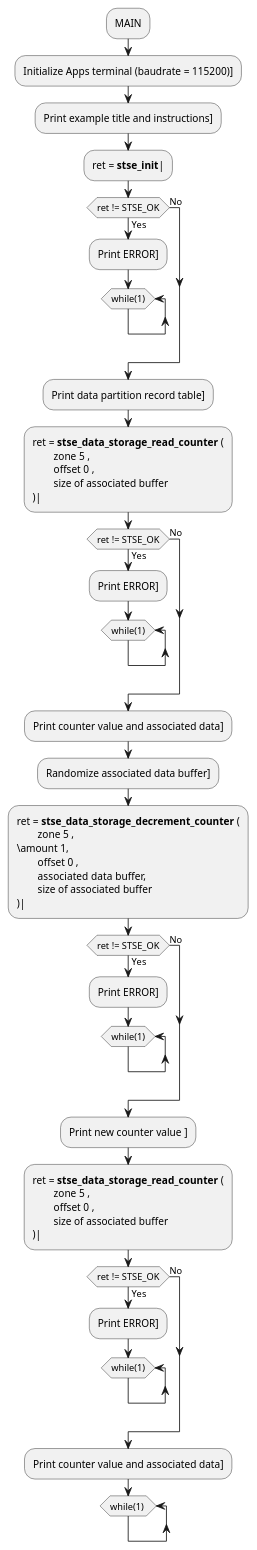
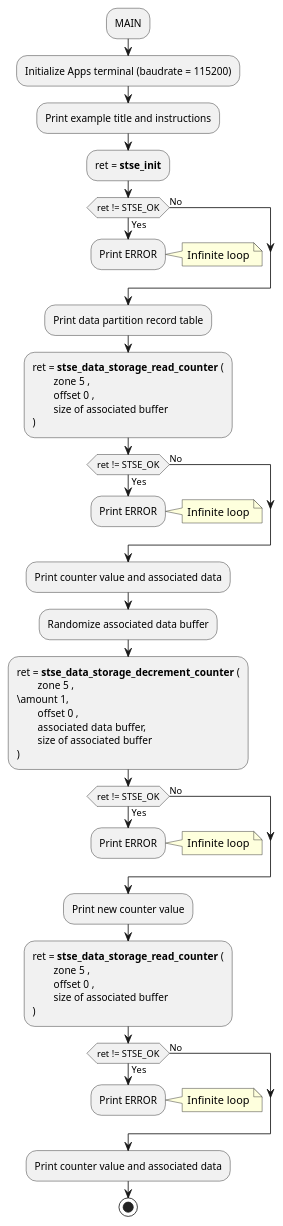
The diagram in Documentation/resources/Markdown/03_Project_examples_description/secure_data_storage_counter_access/STSAFE-A120_secure_data_storage_counter_access.md (Grom-perso/STSAFE-A120_examples_dev), drawn with PlantUML before and after one commit. The commit also changed 23 other files, not shown here.

```diff
--- a/Documentation/resources/Markdown/03_Project_examples_description/secure_data_storage_counter_access/STSAFE-A120_secure_data_storage_counter_access.md
+++ b/Documentation/resources/Markdown/03_Project_examples_description/secure_data_storage_counter_access/STSAFE-A120_secure_data_storage_counter_access.md
@@ -20,73 +20,66 @@
 @startuml "STSAFE-A120_Device_authentication Example flowchart" width=5cm
 
 	:MAIN;
-	:Initialize Apps terminal (baudrate = 115200)];
-	:Print example title and instructions];
-	:ret = <b>stse_init</b>|;
+	:Initialize Apps terminal (baudrate = 115200);
+	:Print example title and instructions;
+	:ret = <b>stse_init</b>;
 	if(ret != STSE_OK) then (No)
 	else (Yes)
-		:Print ERROR];
-		while (while(1))
-		end while
+		:Print ERROR;
+	    note right: Infinite loop
 		-[hidden]->
 		detach
 	endif
 
-	:Print data partition record table];
+	:Print data partition record table;
 
 	:ret = <b>stse_data_storage_read_counter</b> (
 	\tzone 5 , 
 	\toffset 0 , 
 	\tsize of associated buffer
-	)|;
+	);
 	if(ret != STSE_OK) then (No)
 	else (Yes)
-		:Print ERROR];
-		while (while(1))
-		end while
+		:Print ERROR;
+	    note right: Infinite loop
 		-[hidden]->
 		detach
 	endif
 
-	:Print counter value and associated data];
+	:Print counter value and associated data;
 
-	:Randomize associated data buffer];
+	:Randomize associated data buffer;
 
 	:ret = <b>stse_data_storage_decrement_counter</b> (
 	\tzone 5 , 
 	\amount 1,
 	\toffset 0 , 
 	\tassociated data buffer,
 	\tsize of associated buffer
-	)|;
+	);
 	if(ret != STSE_OK) then (No)
 	else (Yes)
-		:Print ERROR];
-		while (while(1))
-		end while
+		:Print ERROR;
+	    note right: Infinite loop
 		-[hidden]->
 		detach
 	endif
-	:Print new counter value ];
+	:Print new counter value;
 
 	:ret = <b>stse_data_storage_read_counter</b> (
 	\tzone 5 , 
 	\toffset 0 , 
 	\tsize of associated buffer
-	)|;
+	);
 	if(ret != STSE_OK) then (No)
 	else (Yes)
-		:Print ERROR];
-		while (while(1))
-		end while
+		:Print ERROR;
+	    note right: Infinite loop
 		-[hidden]->
 		detach
 	endif
 
-	:Print counter value and associated data];
+	:Print counter value and associated data;
 
-	while (while(1) )
-	end while
-	-[hidden]->
-	detach
+	stop
 @enduml
```
